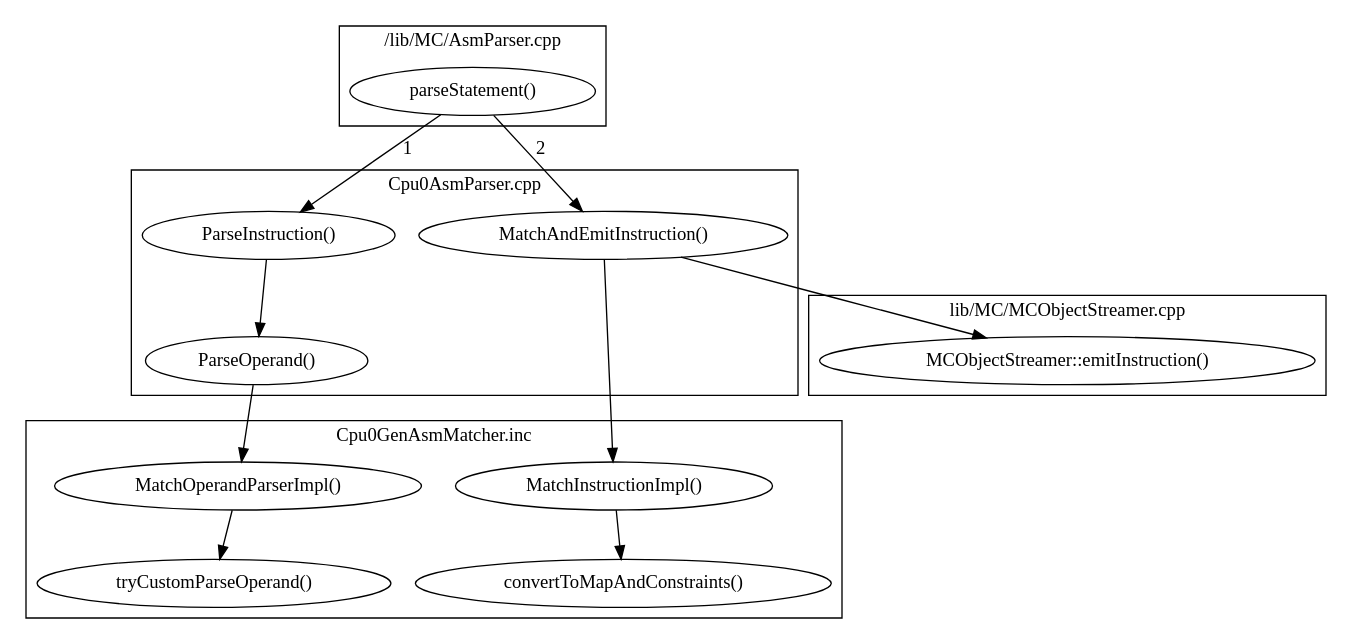
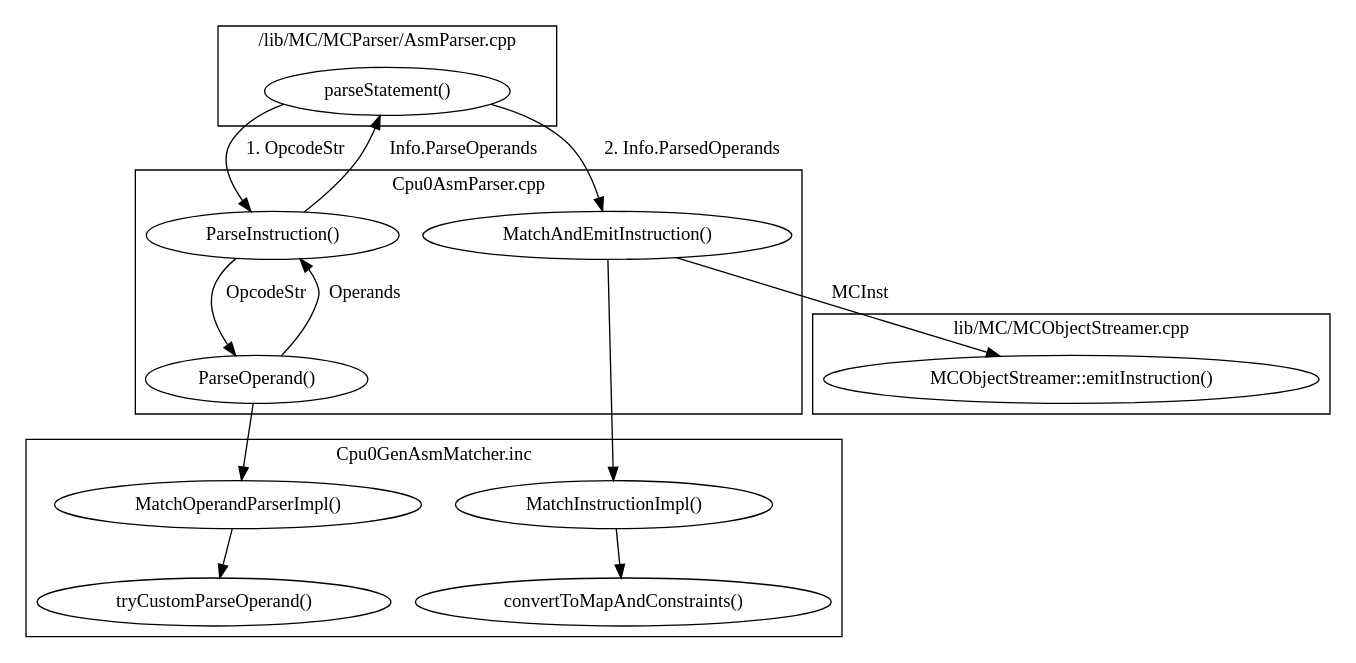
One commit to Jonathan2251/lbd changed the diagram in Fig/asm/asmFlow.gv. Above: the diagram before and after it, drawn with Graphviz. The commit also changed 5 other files, not shown here.

```diff
--- a/Fig/asm/asmFlow.gv
+++ b/Fig/asm/asmFlow.gv
@@ -1,32 +1,34 @@
 digraph G {
   rankdir=TB;
-  "parseStatement()" -> "ParseInstruction()" [label="1"];
-  "parseStatement()" -> "MatchAndEmitInstruction()" [label="2"];
+  "parseStatement()" -> "ParseInstruction()" [label="1. OpcodeStr"];
+  "ParseInstruction()" -> "parseStatement()" [label="Info.ParseOperands"];
+  "parseStatement()" -> "MatchAndEmitInstruction()" [label="2. Info.ParsedOperands"];
   "MatchAndEmitInstruction()" -> "MatchInstructionImpl()";
-  "ParseInstruction()" -> "ParseOperand()";
+  "ParseInstruction()" -> "ParseOperand()" [label="OpcodeStr"];
+  "ParseOperand()" -> "ParseInstruction()" [label="Operands"];
   "ParseOperand()" -> "MatchOperandParserImpl()";
-  "MatchAndEmitInstruction()" -> "MCObjectStreamer::emitInstruction()";
+  "MatchAndEmitInstruction()" -> "MCObjectStreamer::emitInstruction()" [label="MCInst"];
   subgraph clusterAsm {
-    label = "/lib/MC/AsmParser.cpp";
+    label = "/lib/MC/MCParser/AsmParser.cpp";
     "parseStatement()";
   }
   subgraph clusterCpu0Asm {
     label = "Cpu0AsmParser.cpp";
     "MatchAndEmitInstruction()";
     "ParseOperand()";
     "ParseInstruction()";
   }
   subgraph clusterAsmParserInc {
     label = "Cpu0GenAsmMatcher.inc";
     "MatchInstructionImpl()";
     "MatchOperandParserImpl()";
     "convertToMapAndConstraints()";
     "tryCustomParseOperand()";
     "MatchInstructionImpl()" -> "convertToMapAndConstraints()";
     "MatchOperandParserImpl()" -> "tryCustomParseOperand()";
   }
   subgraph clusterObj {
     label = "lib/MC/MCObjectStreamer.cpp";
     "MCObjectStreamer::emitInstruction()";
   }
 }
```
